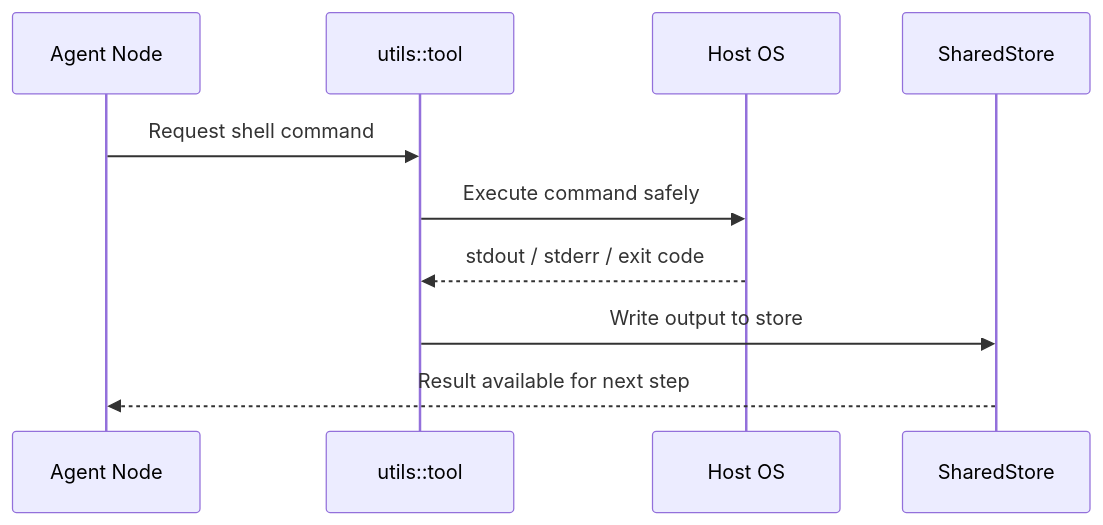
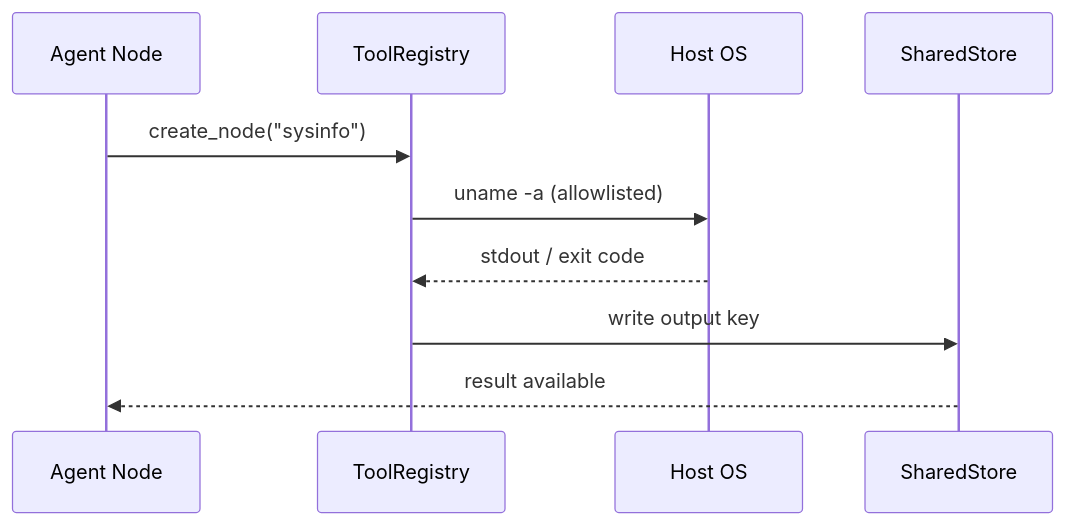
One commit to EzekTec-Inc/AgentFlow changed the ninth of 10 diagrams in README.md. Above: the diagram before and after it, drawn with Mermaid. The commit also changed other lines of this file and 23 other files, not shown here.

````diff
--- a/README.md
+++ b/README.md
@@ -291,13 +148,13 @@
 ```mermaid
 sequenceDiagram
     participant Agent as Agent Node
-    participant Tool as utils::tool
+    participant Registry as ToolRegistry
     participant OS as Host OS
     participant Store as SharedStore
 
-    Agent->>Tool: Request shell command
-    Tool->>OS: Execute command safely
-    OS-->>Tool: stdout / stderr / exit code
-    Tool->>Store: Write output to store
-    Store-->>Agent: Result available for next step
+    Agent->>Registry: create_node("sysinfo")
+    Registry->>OS: uname -a (allowlisted)
+    OS-->>Registry: stdout / exit code
+    Registry->>Store: write output key
+    Store-->>Agent: result available
 ```
````
